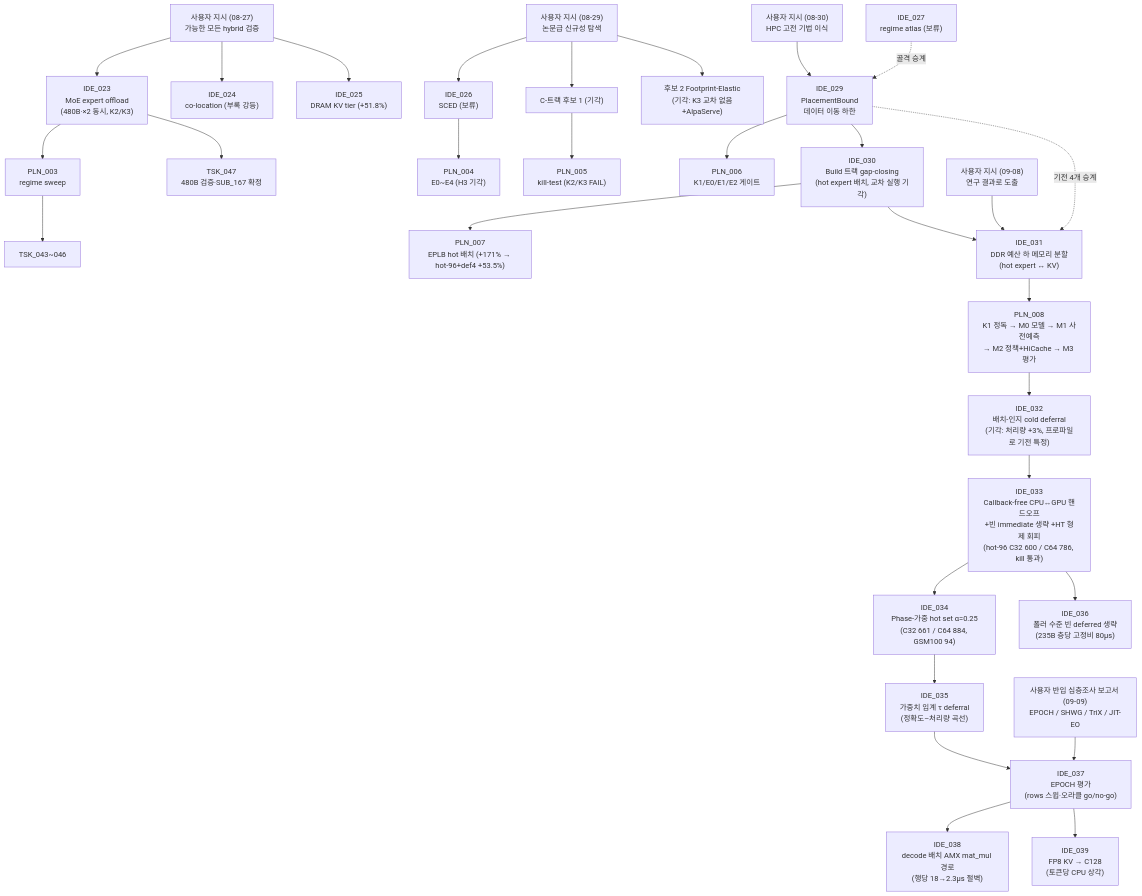
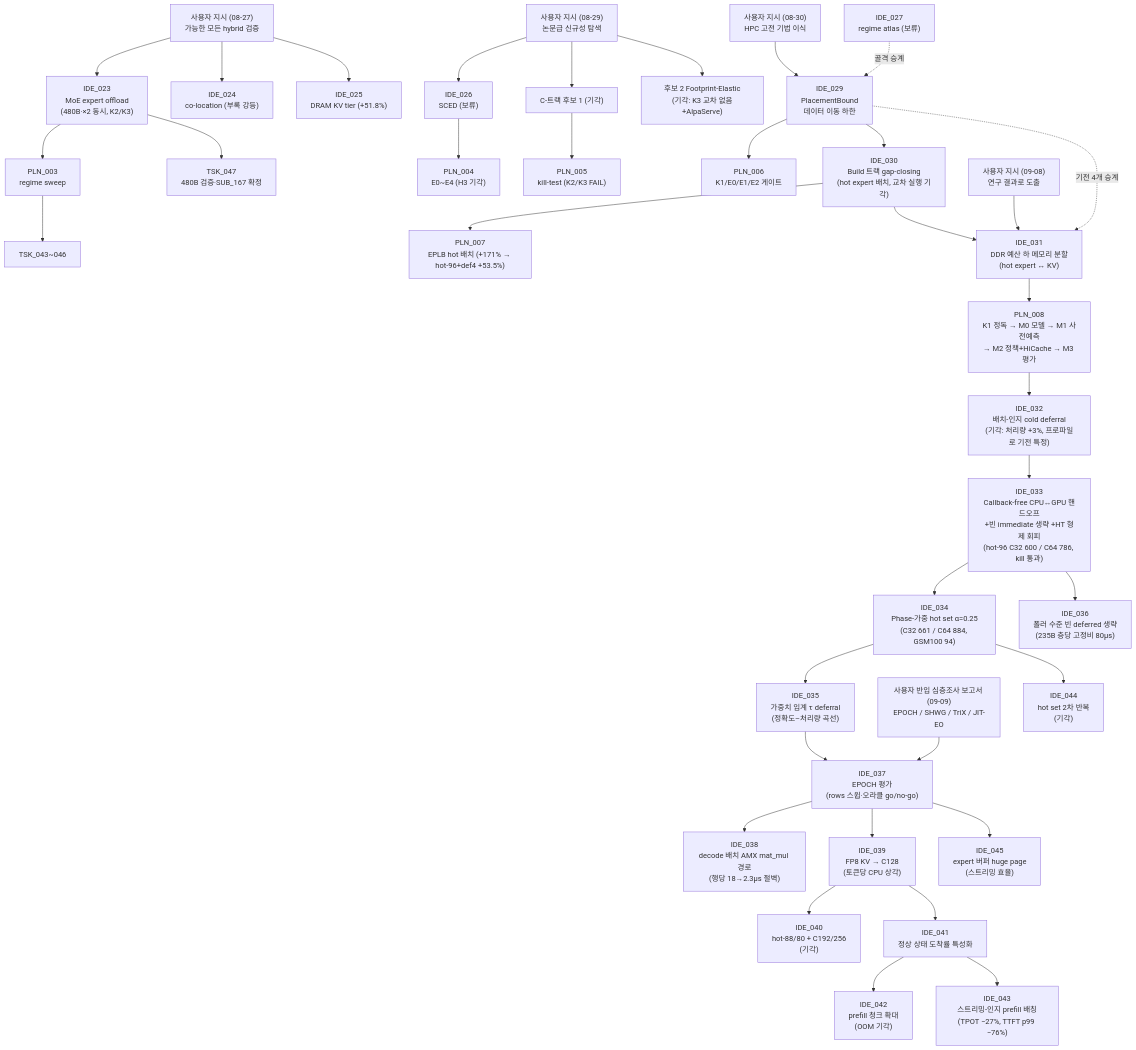
Before and after one commit to mystous/vllm_hybrid: the second of 2 diagrams in shadow_assists/README.md, drawn with Mermaid. The commit also changed 14 other files, not shown here.

First line of the commit message:
eval+docs(IDE_044): α 재도출 hot set 기각 (C160 918/965 < 982.4), 최종 구성 GSM100 97.0 무손실 확정; SUMMARY 추가 트랙 2 (IDE_040~044), IDE_045 huge page 발급

````diff
--- a/shadow_assists/README.md
+++ b/shadow_assists/README.md
@@ -270,32 +270,38 @@
 ```mermaid
 graph TD
     U27["사용자 지시 (08-27)<br/>가능한 모든 hybrid 검증"] --> IDE_023["IDE_023<br/>MoE expert offload<br/>(480B·×2 동시, K2/K3)"]
     U27 --> IDE_024["IDE_024<br/>co-location (부록 강등)"]
     U27 --> IDE_025["IDE_025<br/>DRAM KV tier (+51.8%)"]
     IDE_023 --> PLN_003["PLN_003<br/>regime sweep"]
     PLN_003 --> TSK_043["TSK_043~046"]
     IDE_023 --> TSK_047["TSK_047<br/>480B 검증·SUB_167 확정"]
     UN["사용자 지시 (08-29)<br/>논문급 신규성 탐색"] --> IDE_026["IDE_026<br/>SCED (보류)"]
     IDE_026 --> PLN_004["PLN_004<br/>E0~E4 (H3 기각)"]
     UN --> C1["C-트랙 후보 1 (기각)"]
     C1 --> PLN_005["PLN_005<br/>kill-test (K2/K3 FAIL)"]
     UN --> FP["후보 2 Footprint-Elastic<br/>(기각: K3 교차 없음+AlpaServe)"]
     UH["사용자 지시 (08-30)<br/>HPC 고전 기법 이식"] --> IDE_029["IDE_029<br/>PlacementBound<br/>데이터 이동 하한"]
     IDE_027["IDE_027<br/>regime atlas (보류)"] -.골격 승계.-> IDE_029
     IDE_029 --> PLN_006["PLN_006<br/>K1/E0/E1/E2 게이트"]
     IDE_029 --> IDE_030["IDE_030<br/>Build 트랙 gap-closing<br/>(hot expert 배치, 교차 실행 기각)"]
     IDE_030 --> PLN_007["PLN_007<br/>EPLB hot 배치 (+171% → hot-96+def4 +53.5%)"]
     UP["사용자 지시 (09-08)<br/>연구 결과로 도출"] --> IDE_031["IDE_031<br/>DDR 예산 하 메모리 분할<br/>(hot expert ↔ KV)"]
     IDE_030 --> IDE_031
     IDE_029 -.기전 4개 승계.-> IDE_031
     IDE_031 --> PLN_008["PLN_008<br/>K1 정독 → M0 모델 → M1 사전예측<br/>→ M2 정책+HiCache → M3 평가"]
     PLN_008 --> IDE_032["IDE_032<br/>배치-인지 cold deferral<br/>(기각: 처리량 +3%, 프로파일로 기전 특정)"]
     IDE_032 --> IDE_033["IDE_033<br/>Callback-free CPU↔GPU 핸드오프<br/>+빈 immediate 생략 +HT 형제 회피<br/>(hot-96 C32 600 / C64 786, kill 통과)"]
     IDE_033 --> IDE_034["IDE_034<br/>Phase-가중 hot set α=0.25<br/>(C32 661 / C64 884, GSM100 94)"]
     IDE_034 --> IDE_035["IDE_035<br/>가중치 임계 τ deferral<br/>(정확도–처리량 곡선)"]
     IDE_033 --> IDE_036["IDE_036<br/>폴러 수준 빈 deferred 생략<br/>(235B 층당 고정비 80µs)"]
     UP2["사용자 반입 심층조사 보고서 (09-09)<br/>EPOCH / SHWG / TriX / JIT-EO"] --> IDE_037["IDE_037<br/>EPOCH 평가<br/>(rows 스윕·오라클 go/no-go)"]
     IDE_035 --> IDE_037
     IDE_037 --> IDE_038["IDE_038<br/>decode 배치 AMX mat_mul 경로<br/>(행당 18→2.3µs 절벽)"]
     IDE_037 --> IDE_039["IDE_039<br/>FP8 KV → C128<br/>(토큰당 CPU 상각)"]
+    IDE_039 --> IDE_040["IDE_040<br/>hot-88/80 + C192/256<br/>(기각)"]
+    IDE_039 --> IDE_041["IDE_041<br/>정상 상태 도착률 특성화"]
+    IDE_041 --> IDE_042["IDE_042<br/>prefill 청크 확대<br/>(OOM 기각)"]
+    IDE_041 --> IDE_043["IDE_043<br/>스트리밍-인지 prefill 배칭<br/>(TPOT −27%, TTFT p99 −76%)"]
+    IDE_034 --> IDE_044["IDE_044<br/>hot set 2차 반복<br/>(기각)"]
+    IDE_037 --> IDE_045["IDE_045<br/>expert 버퍼 huge page<br/>(스트리밍 효율)"]
 ```
````
